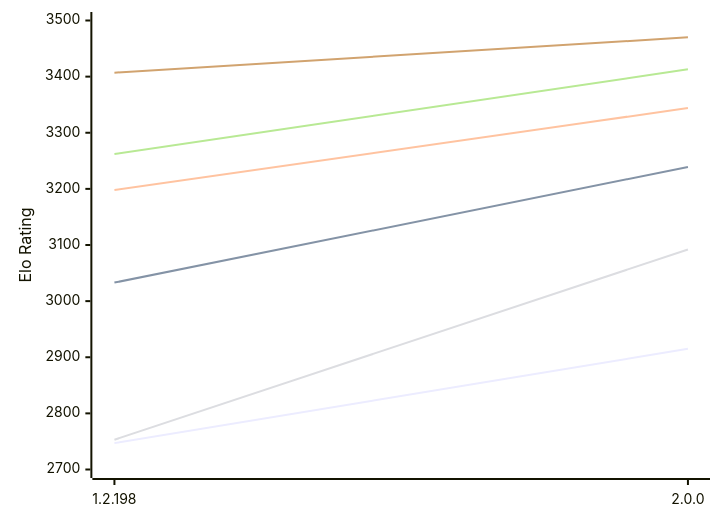
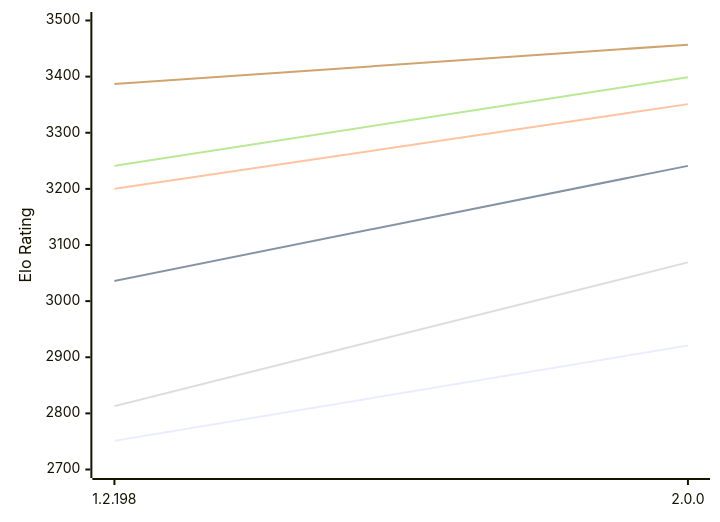
Before and after one commit to computer-chess-index/cci: the diagram in engines/Zenith.md, drawn with Mermaid. The commit also changed other lines of this file, not shown here.

Commit message:
Update CCI Ratings (ELO VLTC) - 2026-10-18

````diff
--- a/engines/Zenith.md
+++ b/engines/Zenith.md
@@ -49,12 +49,12 @@
 ```mermaid
 %%{init: {"theme":"base","themeVariables":{"seriesColors:['#a3a3a3','#222221','#faa371']}}}%%
 xychart-beta
   x-axis ["1.2.198", "2.0.0"]
   y-axis "Elo Rating" 2700 --> 3500
-  line "E1: STC (8.0+0.08s)" [2747, 2915]
-  line "E1: LTC (60.0+0.60s)" [3033, 3239]
-  line "E1: VLTC (2m24s+1.12s)" [3198, 3344]
-  line "P1: STC (8.0+0.08s)" [2753, 3092]
-  line "P1: LTC (60.0+0.60s)" [3262, 3413]
-  line "P1: VLTC (2m24s+1.12s)" [3407, 3470]
+  line "E1: STC (8.0+0.08s)" [2751, 2921]
+  line "E1: LTC (60.0+0.60s)" [3036, 3241]
+  line "E1: VLTC (2m24s+1.12s)" [3200, 3351]
+  line "P1: STC (8.0+0.08s)" [2813, 3069]
+  line "P1: LTC (60.0+0.60s)" [3241, 3399]
+  line "P1: VLTC (2m24s+1.12s)" [3387, 3457]
 ```
````
